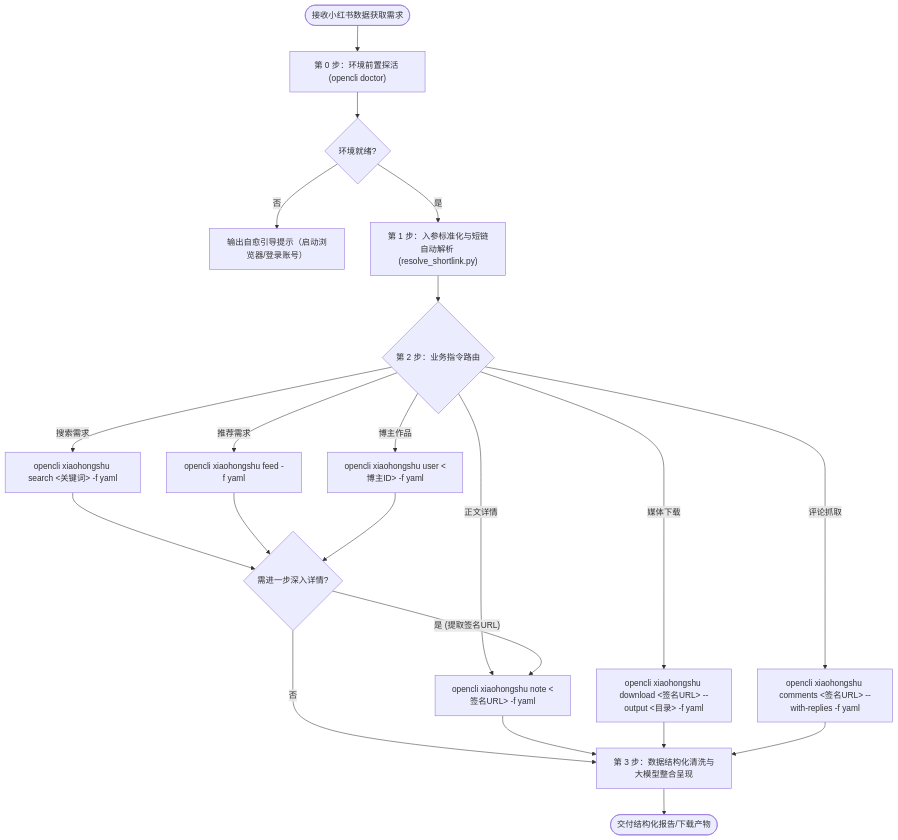
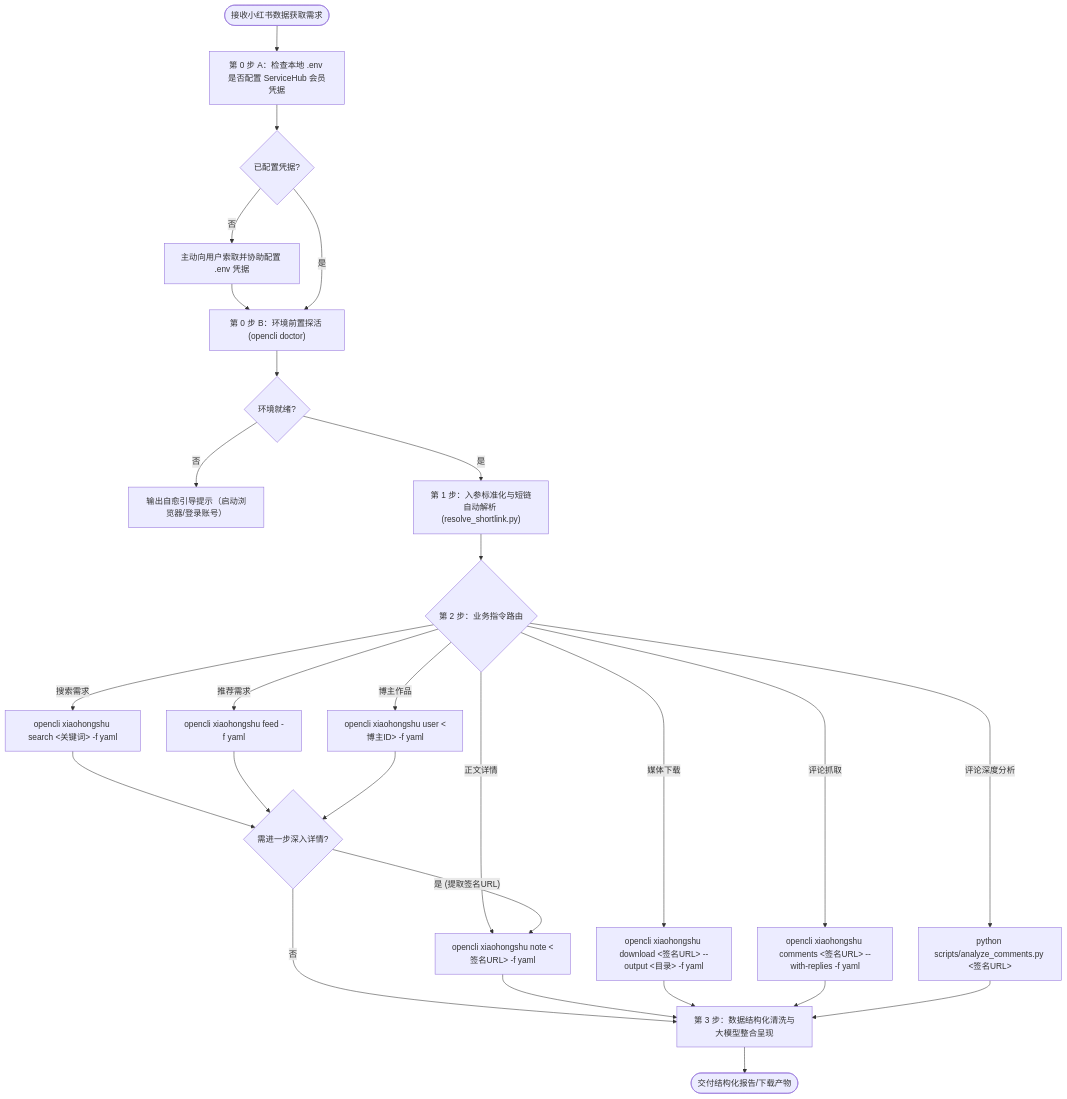
The diagram in SKILL.md (JasonCai2024/skill-xiaohongshu-opencli-fetcher), drawn with Mermaid before and after one commit. The commit also changed other lines of this file and 1 other file, not shown here.

Commit message:
docs: add explicit AI Agent guidance for ServiceHub credential preflight checks and fallback prompts

````diff
--- a/SKILL.md
+++ b/SKILL.md
@@ -29,24 +30,31 @@
 ```mermaid
 flowchart TD
-    Start(["接收小红书数据获取需求"]) --> Preflight["第 0 步：环境前置探活 (opencli doctor)"]
+    Start(["接收小红书数据获取需求"]) --> AuthCheck["第 0 步 A：检查本地 .env 是否配置 ServiceHub 会员凭据"]
+    AuthCheck --> HasAuth{"已配置凭据?"}
+    HasAuth -->|"否"| PromptAuth["主动向用户索取并协助配置 .env 凭据"]
+    PromptAuth --> Preflight
+    HasAuth -->|"是"| Preflight["第 0 步 B：环境前置探活 (opencli doctor)"]
+    
     Preflight --> CheckHealth{"环境就绪?"}
     CheckHealth -->|"否"| GuideUser["输出自愈引导提示（启动浏览器/登录账号）"]
     CheckHealth -->|"是"| Normalize["第 1 步：入参标准化与短链自动解析 (resolve_shortlink.py)"]
     
     Normalize --> Route{"第 2 步：业务指令路由"}
     Route -->|"搜索需求"| RunSearch["opencli xiaohongshu search <关键词> -f yaml"]
     Route -->|"推荐需求"| RunFeed["opencli xiaohongshu feed -f yaml"]
     Route -->|"博主作品"| RunUser["opencli xiaohongshu user <博主ID> -f yaml"]
     Route -->|"正文详情"| RunNote["opencli xiaohongshu note <签名URL> -f yaml"]
     Route -->|"媒体下载"| RunDownload["opencli xiaohongshu download <签名URL> --output <目录> -f yaml"]
     Route -->|"评论抓取"| RunComments["opencli xiaohongshu comments <签名URL> --with-replies -f yaml"]
+    Route -->|"评论深度分析"| RunAnalyze["python scripts/analyze_comments.py <签名URL>"]
     
     RunSearch & RunFeed & RunUser --> DrillDown{"需进一步深入详情?"}
     DrillDown -->|"是 (提取签名URL)"| RunNote
     DrillDown -->|"否"| FormatResult
     RunNote --> FormatResult["第 3 步：数据结构化清洗与大模型整合呈现"]
     RunDownload --> FormatResult
     RunComments --> FormatResult
+    RunAnalyze --> FormatResult
     
     FormatResult --> End(["交付结构化报告/下载产物"])
 ```
````
